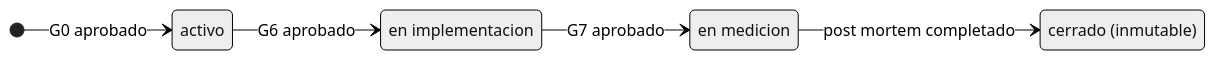
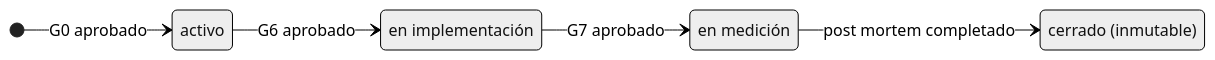
One commit to jtrujillo-ws/designio-app changed the fifth of 7 diagrams in docs/01-ddd/domain-model.md. Above: the diagram before and after it, drawn with Mermaid (neutral theme). The commit also changed other lines of this file and 4 other files, not shown here.

````diff
--- a/docs/01-ddd/domain-model.md
+++ b/docs/01-ddd/domain-model.md
@@ -421,13 +421,13 @@
 ```mermaid
 stateDiagram-v2
   direction LR
   state "activo" as PA
-  state "en implementacion" as PI
-  state "en medicion" as PM
+  state "en implementación" as PI
+  state "en medición" as PM
   state "cerrado (inmutable)" as PC
 
   [*] --> PA : G0 aprobado
   PA --> PI : G6 aprobado
   PI --> PM : G7 aprobado
   PM --> PC : post mortem completado
 ```
````
